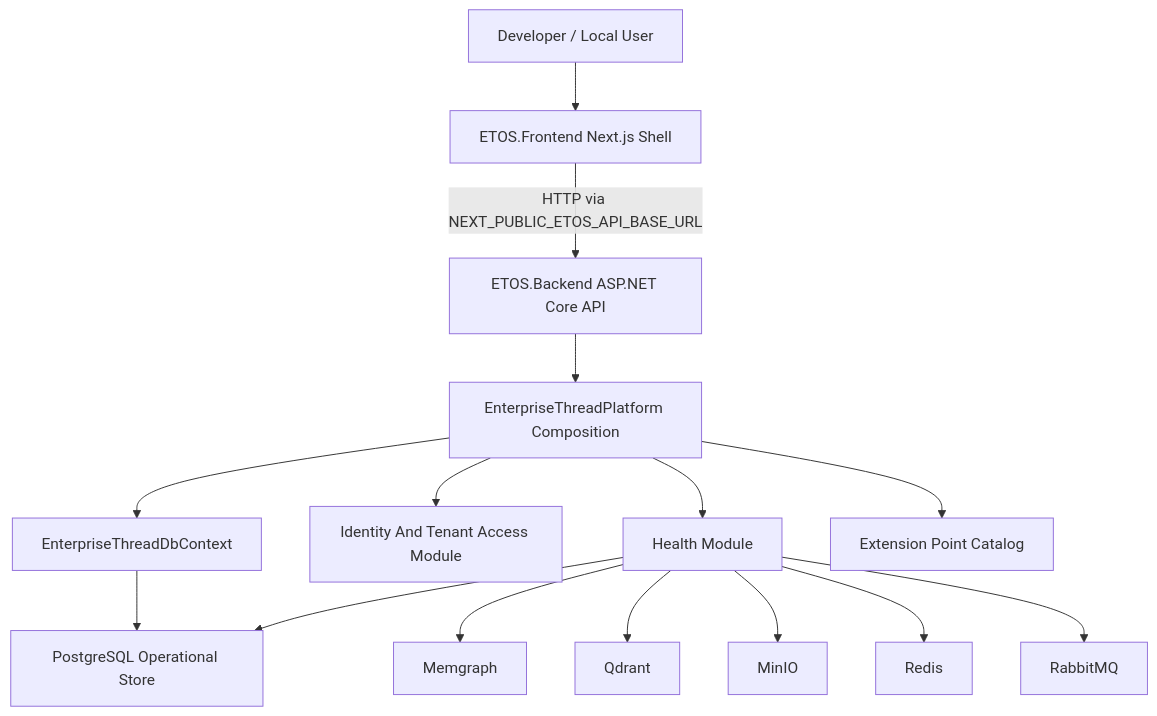
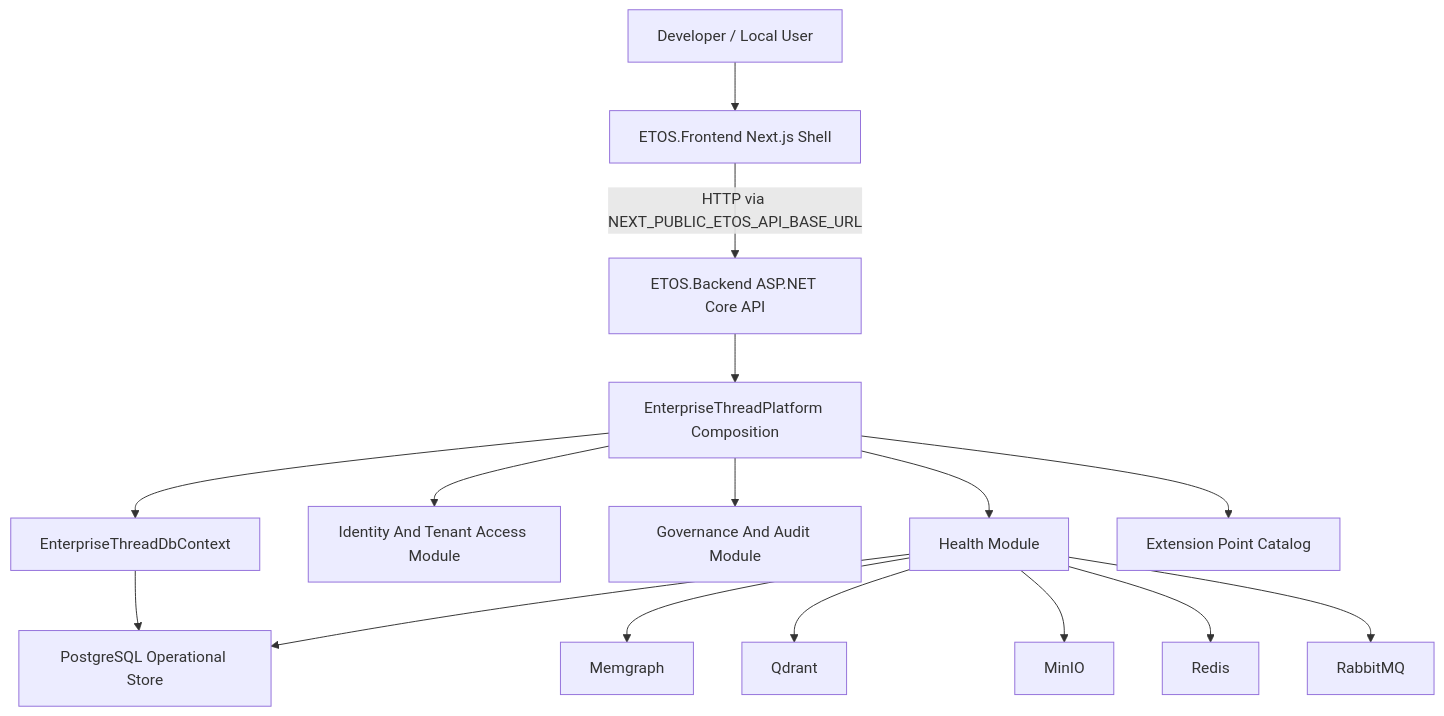
The diagram in ARCHITECTURE.md (aribhw1892/EnterpriseThreadOS), drawn with Mermaid before and after one commit. The commit also changed other lines of this file and 23 other files, not shown here.

````diff
--- a/ARCHITECTURE.md
+++ b/ARCHITECTURE.md
@@ -9,19 +9,20 @@
 ```mermaid
 flowchart TB
     user["Developer / Local User"] --> frontend["ETOS.Frontend Next.js Shell"]
     frontend -->|"HTTP via NEXT_PUBLIC_ETOS_API_BASE_URL"| backend["ETOS.Backend ASP.NET Core API"]
 
     backend --> platform["EnterpriseThreadPlatform Composition"]
     platform --> health["Health Module"]
     platform --> identity["Identity And Tenant Access Module"]
+    platform --> governance["Governance And Audit Module"]
     platform --> persistence["EnterpriseThreadDbContext"]
     platform --> extensions["Extension Point Catalog"]
 
     persistence --> postgres["PostgreSQL Operational Store"]
     health --> postgres
     health --> memgraph["Memgraph"]
     health --> qdrant["Qdrant"]
     health --> minio["MinIO"]
     health --> redis["Redis"]
     health --> rabbitmq["RabbitMQ"]
 ```
````
